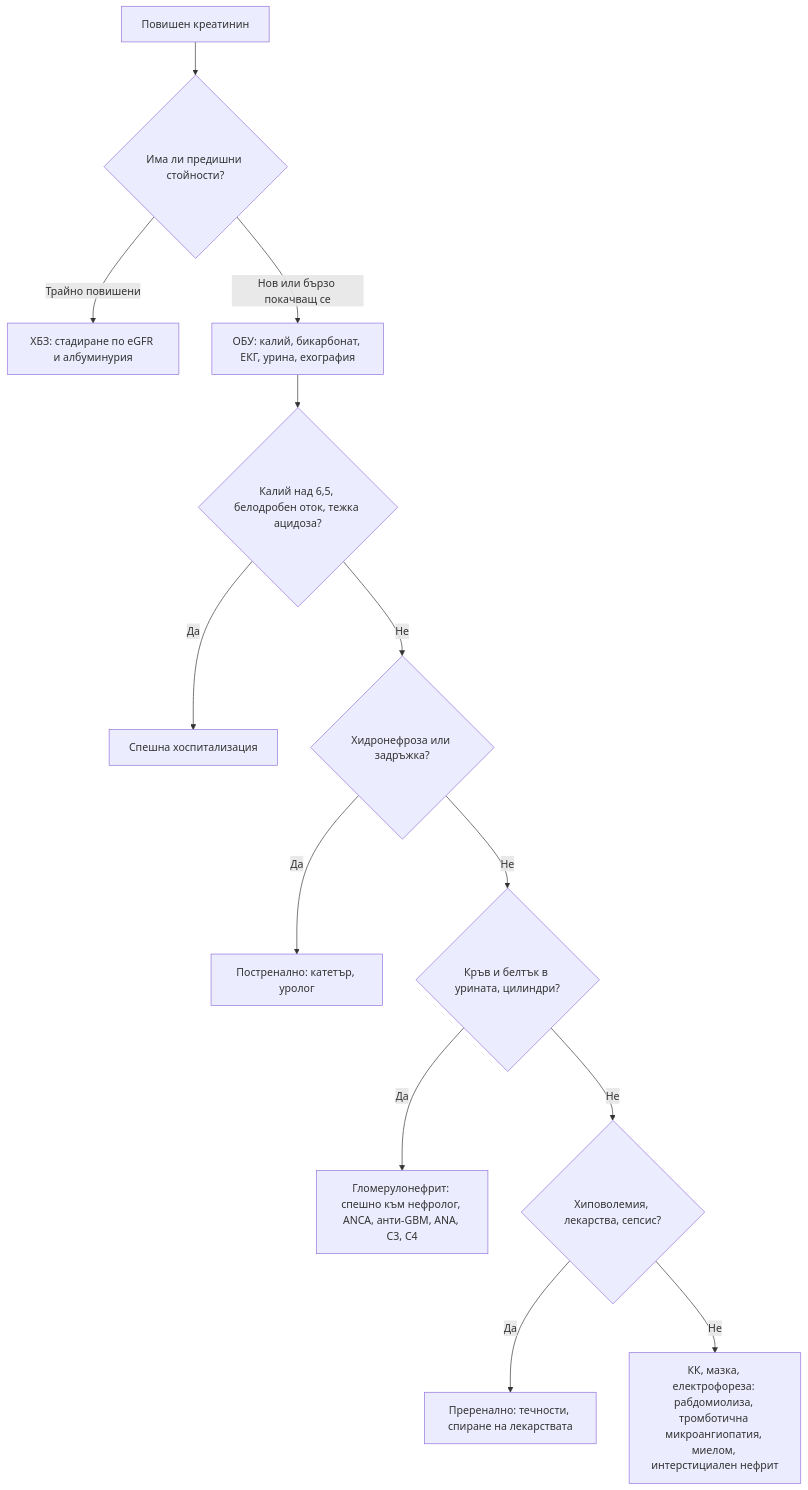
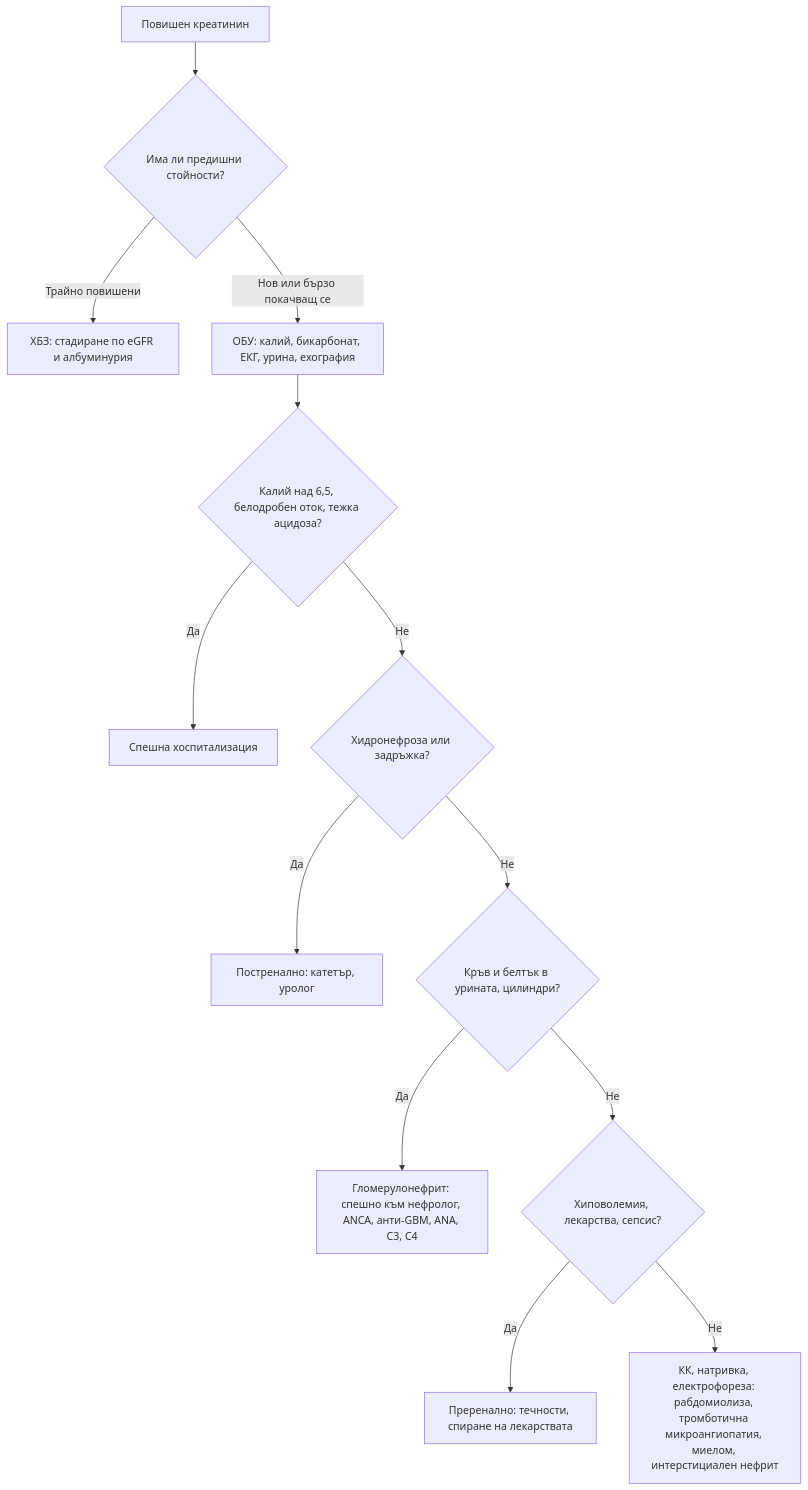
The diagram in glavi/29-babrechno-uvrezhdane.md (yancho26/yancho), drawn with Mermaid before and after one commit. The commit also changed other lines of this file and 10 other files, not shown here.

````diff
--- a/glavi/29-babrechno-uvrezhdane.md
+++ b/glavi/29-babrechno-uvrezhdane.md
@@ -180,17 +180,17 @@
 ```mermaid
 flowchart TD
     accTitle: Диагностичен алгоритъм при ОБУ
     accDescr: Блок-схема. Начало: Повишен креатинин. Въпроси: Има ли предишни стойности? · Калий над 6,5, белодробен оток, тежка ацидоза? · Хидронефроза или задръжка? · Кръв и белтък в урината, цилиндри? · Хиповолемия, лекарства, сепсис? Пълното текстово описание е под схемата.
     A["Повишен креатинин"] --> B{"Има ли предишни стойности?"}
     B -->|Трайно повишени| C["ХБЗ: стадиране по eGFR и албуминурия"]
     B -->|Нов или бързо покачващ се| D["ОБУ: калий, бикарбонат, ЕКГ, урина, ехография"]
     D --> E{"Калий над 6,5, белодробен оток, тежка ацидоза?"}
     E -->|Да| F["Спешна хоспитализация"]
     E -->|Не| G{"Хидронефроза или задръжка?"}
     G -->|Да| H["Постренално: катетър, уролог"]
     G -->|Не| I{"Кръв и белтък в урината, цилиндри?"}
     I -->|Да| J["Гломерулонефрит: спешно към нефролог, ANCA, анти-GBM, ANA, C3, C4"]
     I -->|Не| K{"Хиповолемия, лекарства, сепсис?"}
     K -->|Да| L["Преренално: течности, спиране на лекарствата"]
-    K -->|Не| M["КК, мазка, електрофореза: рабдомиолиза, тромботична микроангиопатия, миелом, интерстициален нефрит"]
+    K -->|Не| M["КК, натривка, електрофореза: рабдомиолиза, тромботична микроангиопатия, миелом, интерстициален нефрит"]
 ```
````
